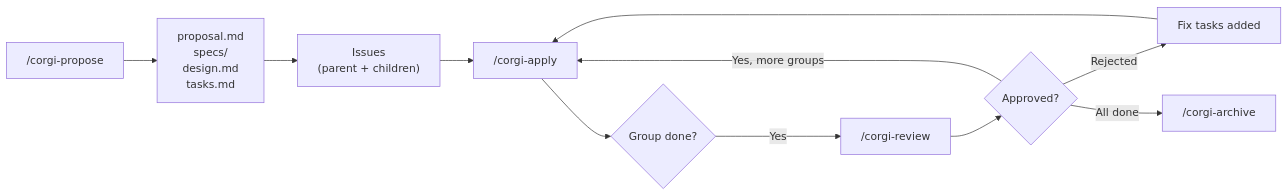
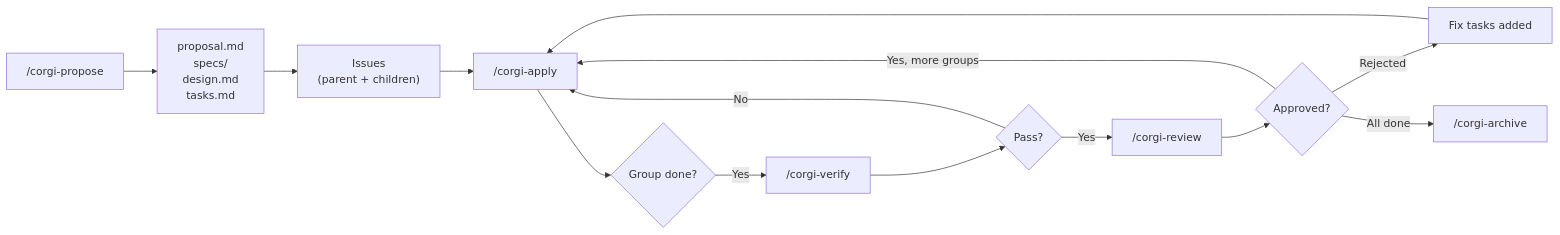
One commit to ricoyudog/Coding_Corgi_flow changed the first of 2 diagrams in README.md. Above: the diagram before and after it, drawn with Mermaid. The commit also changed other lines of this file and 1 other file, not shown here.

Commit message:
docs: update READMEs with verify gate and 5-axis review

````diff
--- a/README.md
+++ b/README.md
@@ -22,13 +23,16 @@
 ```mermaid
 flowchart LR
     A["/corgi-propose"] --> B["proposal.md\nspecs/\ndesign.md\ntasks.md"]
     B --> C["Issues\n(parent + children)"]
     C --> D["/corgi-apply"]
     D --> E{"Group done?"}
-    E -->|Yes| F["/corgi-review"]
-    F --> G{"Approved?"}
-    G -->|Yes, more groups| D
-    G -->|Rejected| H["Fix tasks added"]
-    H --> D
-    G -->|All done| I["/corgi-archive"]
+    E -->|Yes| F["/corgi-verify"]
+    F --> G{"Pass?"}
+    G -->|No| D
+    G -->|Yes| H["/corgi-review"]
+    H --> I{"Approved?"}
+    I -->|Yes, more groups| D
+    I -->|Rejected| J["Fix tasks added"]
+    J --> D
+    I -->|All done| K["/corgi-archive"]
 ```
````
